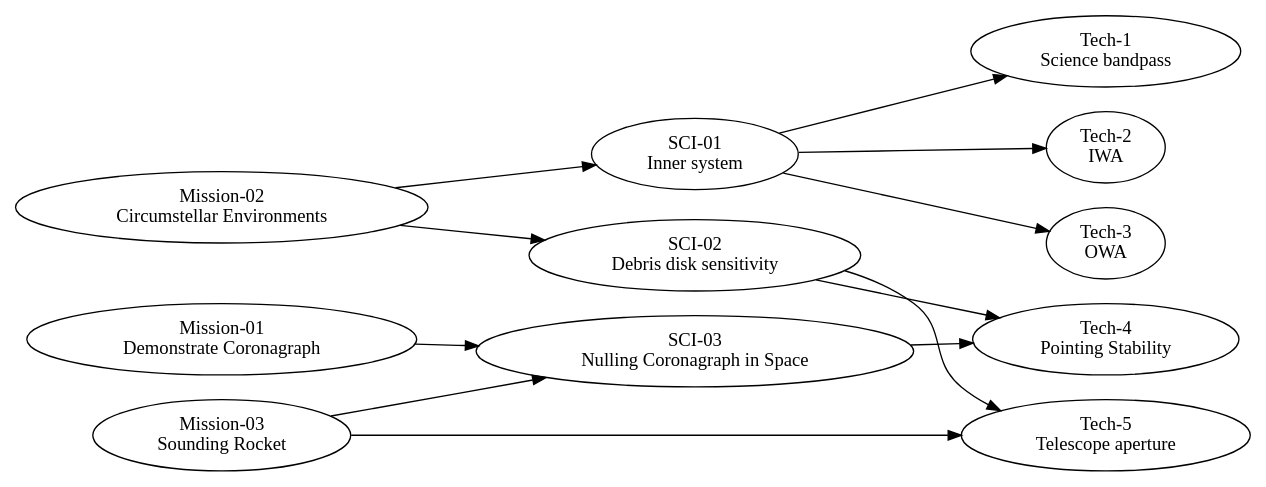
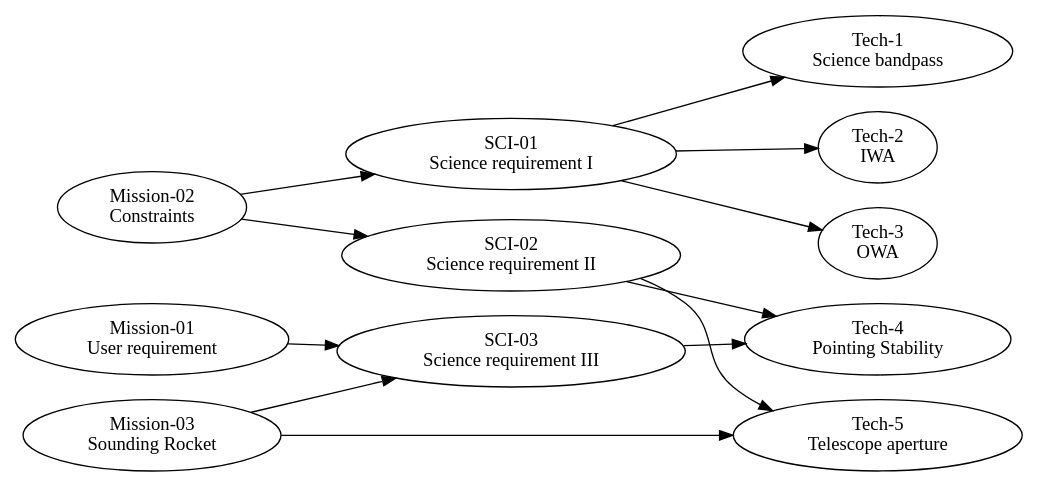
Before and after one commit to douglase/doorstop_requirements_template: the diagram in Digraph.gv, drawn with Graphviz. The commit also changed 21 other files, not shown here.

Commit message:
make things more generic and update flowchart with wfirst color scheme

```diff
--- a/Digraph.gv
+++ b/Digraph.gv
@@ -1,38 +1,38 @@
 // The Requirements
 digraph {
 rankdir=LR
 size="200,50"
 	"Mission-01" [label="Mission-01
-Demonstrate Coronagraph"]
+User requirement"]
 	"Mission-02" [label="Mission-02
-Circumstellar Environments"]
+Constraints"]
 	"Mission-03" [label="Mission-03
 Sounding Rocket"]
 	"SCI-01" [label="SCI-01
-Inner system"]
+Science requirement I"]
 		"Mission-02" -> "SCI-01"
 	"SCI-02" [label="SCI-02
-Debris disk sensitivity"]
+Science requirement II"]
 		"Mission-02" -> "SCI-02"
 	"SCI-03" [label="SCI-03
-Nulling Coronagraph in Space"]
+Science requirement III"]
 		"Mission-01" -> "SCI-03"
 		"Mission-03" -> "SCI-03"
 	"Tech-1" [label="Tech-1
 Science bandpass"]
 		"SCI-01" -> "Tech-1"
 	"Tech-2" [label="Tech-2
 IWA"]
 		"SCI-01" -> "Tech-2"
 	"Tech-3" [label="Tech-3
 OWA"]
 		"SCI-01" -> "Tech-3"
 	"Tech-4" [label="Tech-4
 Pointing Stability"]
 		"SCI-02" -> "Tech-4"
 		"SCI-03" -> "Tech-4"
 	"Tech-5" [label="Tech-5
 Telescope aperture"]
 		"Mission-03" -> "Tech-5"
 		"SCI-02" -> "Tech-5"
 }
```
